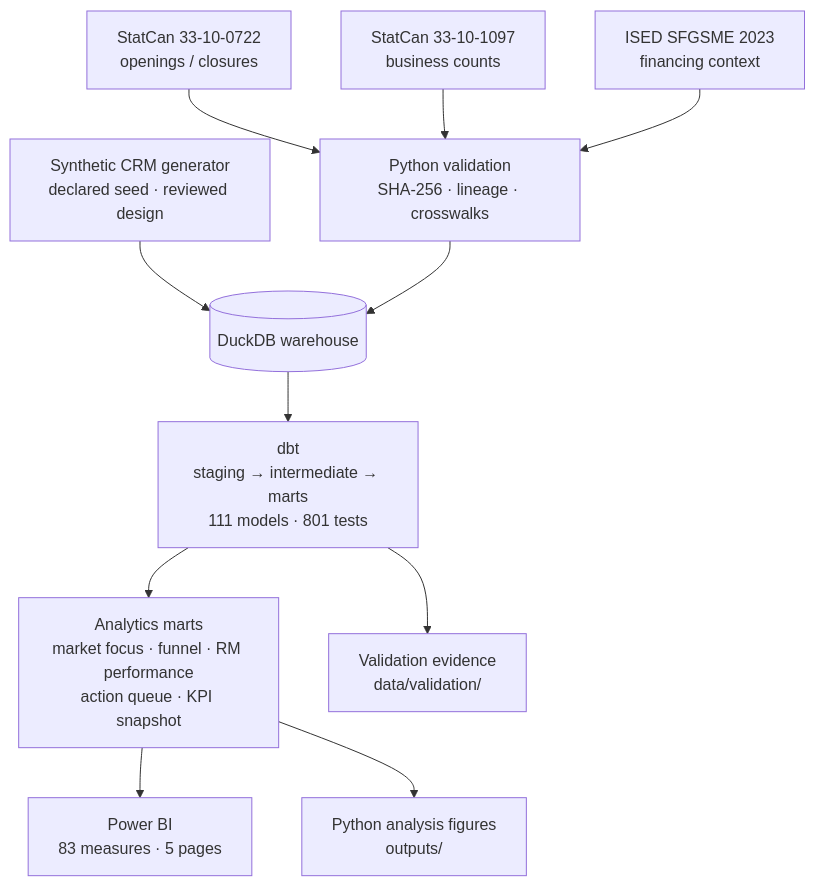
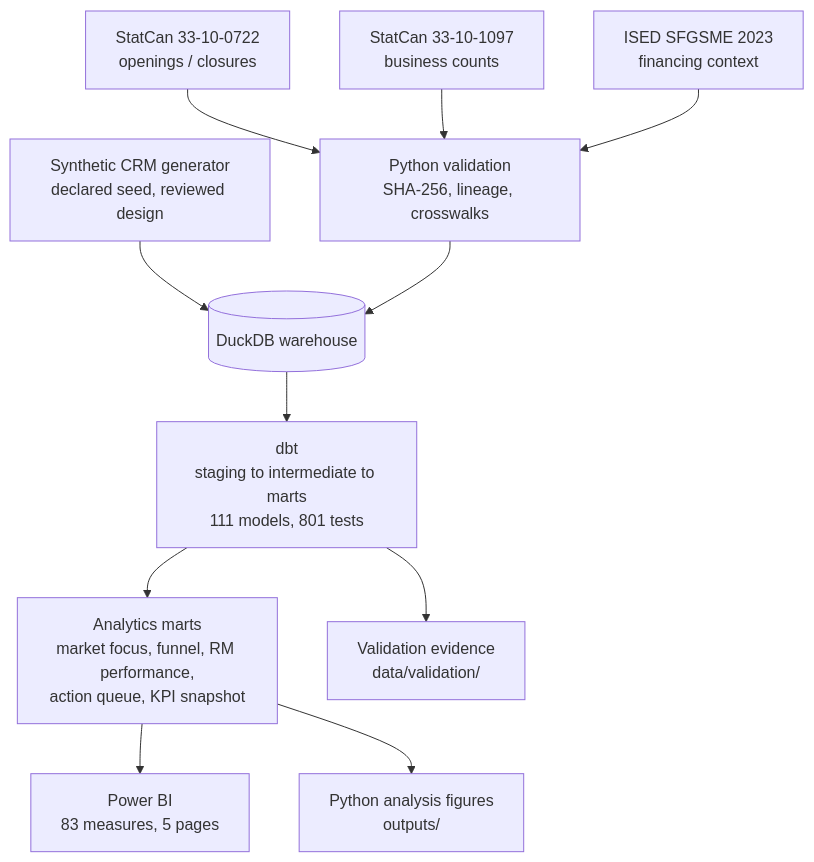
The second of 2 diagrams in README.md (Abhijit2409/ai_assisted_sme_growth_lead_routing), drawn with Mermaid before and after one commit. The commit also changed other lines of this file and 2 other files, not shown here.

First line of the commit message:
docs: correct README claims that rested on generator settings

````diff
--- a/README.md
+++ b/README.md
@@ -260,13 +290,13 @@
 ```mermaid
 flowchart TD
-    S1["StatCan 33-10-0722<br/>openings / closures"] --> V["Python validation<br/>SHA-256 · lineage · crosswalks"]
+    S1["StatCan 33-10-0722<br/>openings / closures"] --> V["Python validation<br/>SHA-256, lineage, crosswalks"]
     S2["StatCan 33-10-1097<br/>business counts"] --> V
     S3["ISED SFGSME 2023<br/>financing context"] --> V
-    G["Synthetic CRM generator<br/>declared seed · reviewed design"] --> W
+    G["Synthetic CRM generator<br/>declared seed, reviewed design"] --> W
     V --> W[("DuckDB warehouse")]
-    W --> D["dbt<br/>staging → intermediate → marts<br/>111 models · 801 tests"]
-    D --> M["Analytics marts<br/>market focus · funnel · RM performance<br/>action queue · KPI snapshot"]
-    M --> P["Power BI<br/>83 measures · 5 pages"]
+    W --> D["dbt<br/>staging to intermediate to marts<br/>111 models, 801 tests"]
+    D --> M["Analytics marts<br/>market focus, funnel, RM performance,<br/>action queue, KPI snapshot"]
+    M --> P["Power BI<br/>83 measures, 5 pages"]
     M --> F["Python analysis figures<br/>outputs/"]
     D --> Q["Validation evidence<br/>data/validation/"]
 ```
````
